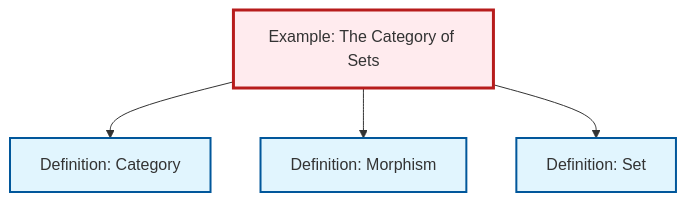
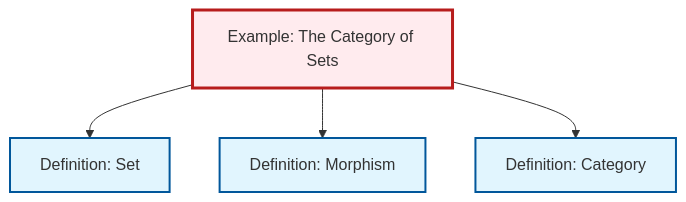
The diagram in content/en/category-theory/ex-set-category.qmd (RK0429/ModernMath), drawn with Mermaid before and after one commit. The commit also changed other lines of this file and 634 other files, not shown here.

````diff
--- a/content/en/category-theory/ex-set-category.qmd
+++ b/content/en/category-theory/ex-set-category.qmd
@@ -68,20 +68,20 @@
 ```{mermaid}
 %%| fig-cap: "Local dependency graph"
 graph TD
     classDef definition fill:#e1f5fe,stroke:#01579b,stroke-width:2px
     classDef theorem fill:#f3e5f5,stroke:#4a148c,stroke-width:2px
     classDef axiom fill:#fff3e0,stroke:#e65100,stroke-width:2px
     classDef example fill:#e8f5e9,stroke:#1b5e20,stroke-width:2px
     classDef current fill:#ffebee,stroke:#b71c1c,stroke-width:3px
     ex-set-category["Example: The Category of Sets"]:::example
+    def-category["Definition: Category"]:::definition
     def-morphism["Definition: Morphism"]:::definition
-    def-category["Definition: Category"]:::definition
     def-set["Definition: Set"]:::definition
+    ex-set-category --> def-set
+    ex-set-category --> def-morphism
     ex-set-category --> def-category
-    ex-set-category --> def-morphism
-    ex-set-category --> def-set
     class ex-set-category current
+    click def-category "def-category.html" "Go to Category definition"
     click def-morphism "def-morphism.html" "Go to Morphism definition"
-    click def-category "def-category.html" "Go to Category definition"
     click def-set "def-set.html" "Go to Set definition"
 ```
````
